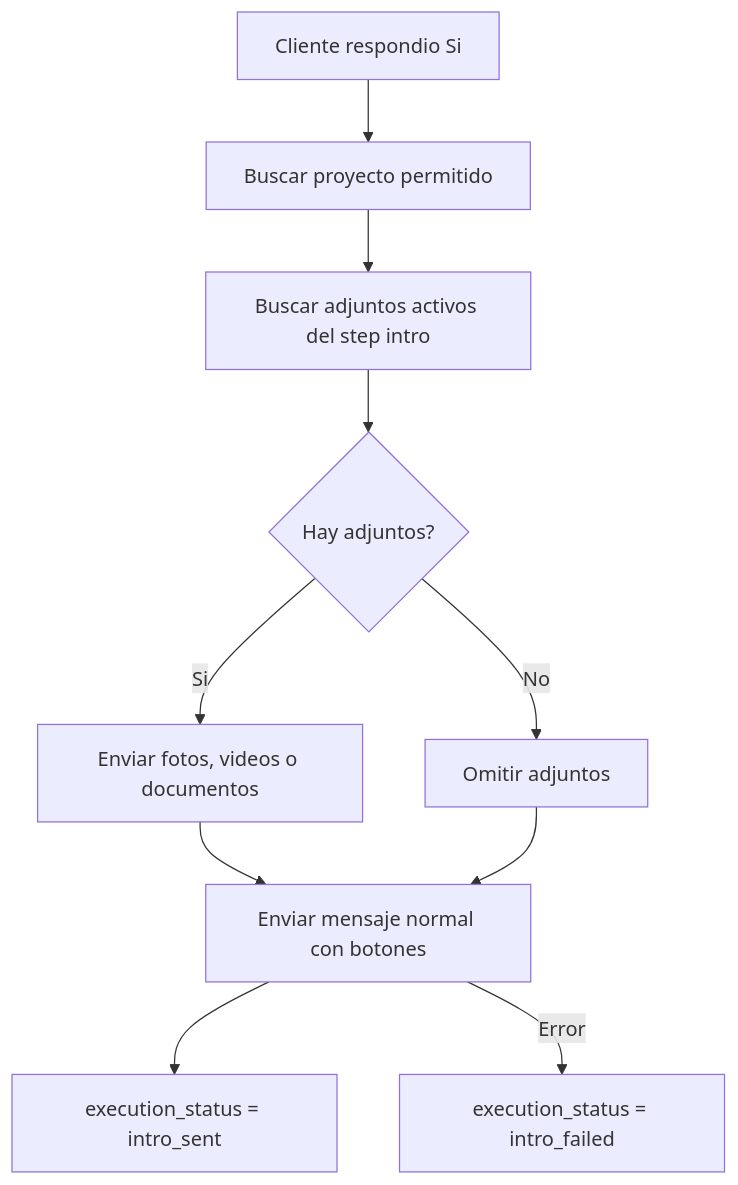
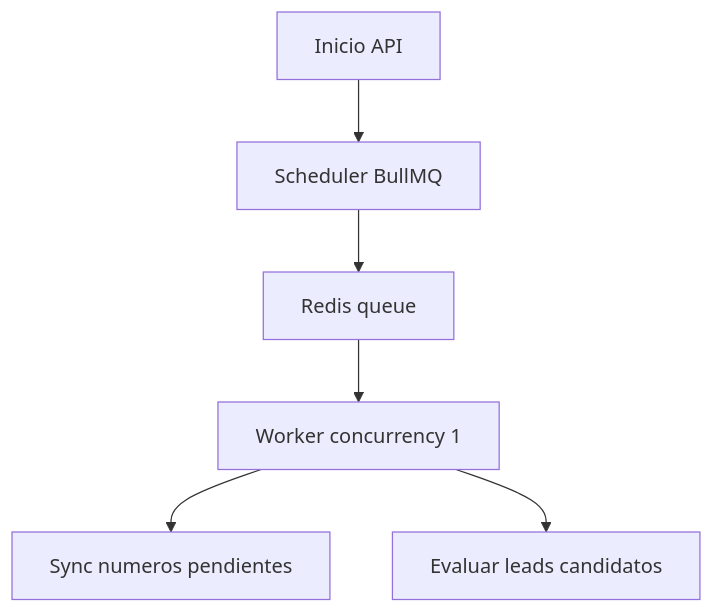
The seventh of 9 diagrams in README.md (roccacr/CRM_VENTAS), drawn with Mermaid before and after one commit. The commit also changed other lines of this file and 19 other files, not shown here.

````diff
--- a/README.md
+++ b/README.md
@@ -661,12 +452,8 @@
 ```mermaid
 flowchart TD
-  A["Cliente respondio Si"] --> B["Buscar proyecto permitido"]
-  B --> C["Buscar adjuntos activos del step intro"]
-  C --> D{"Hay adjuntos?"}
-  D -- "Si" --> E["Enviar fotos, videos o documentos"]
-  D -- "No" --> F["Omitir adjuntos"]
-  E --> G["Enviar mensaje normal con botones"]
-  F --> G
-  G --> H["execution_status = intro_sent"]
-  G -- "Error" --> I["execution_status = intro_failed"]
+  APP["Inicio API"] --> S["Scheduler BullMQ"]
+  S --> Q["Redis queue"]
+  Q --> W["Worker concurrency 1"]
+  W --> A["Sync numeros pendientes"]
+  W --> B["Evaluar leads candidatos"]
 ```
````
